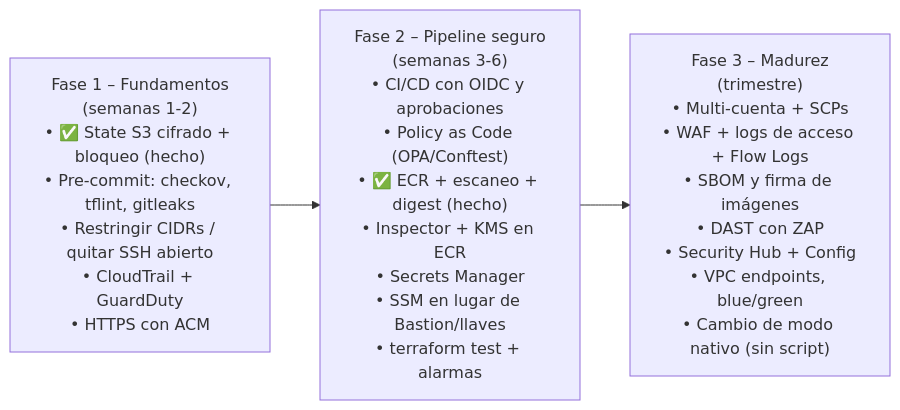
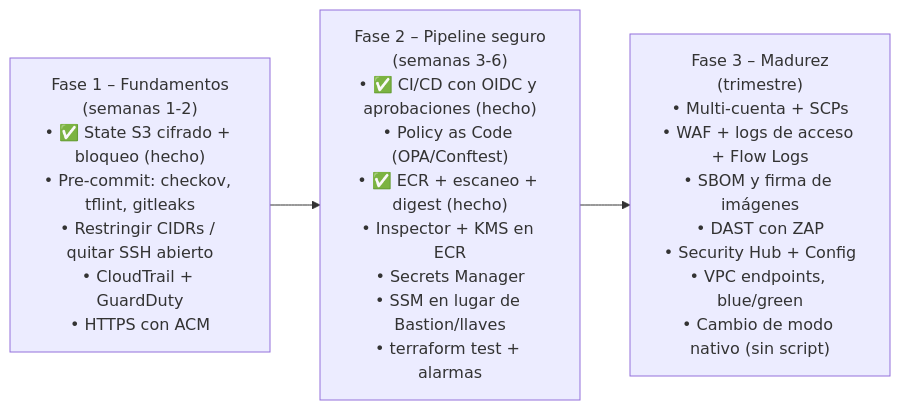
One commit to adrianjsosag/Sr-Labs changed the sixth of 6 diagrams in Serverless/ECS-Fargate/Terraform/README.md. Above: the diagram before and after it, drawn with Mermaid. The commit also changed other lines of this file and 8 other files, not shown here.

````diff
--- a/Serverless/ECS-Fargate/Terraform/README.md
+++ b/Serverless/ECS-Fargate/Terraform/README.md
@@ -933,7 +1034,7 @@
 ```mermaid
 flowchart LR
     F1["Fase 1 – Fundamentos<br/>(semanas 1-2)<br/>• ✅ State S3 cifrado + bloqueo (hecho)<br/>• Pre-commit: checkov, tflint, gitleaks<br/>• Restringir CIDRs / quitar SSH abierto<br/>• CloudTrail + GuardDuty<br/>• HTTPS con ACM"]
-    F2["Fase 2 – Pipeline seguro<br/>(semanas 3-6)<br/>• CI/CD con OIDC y aprobaciones<br/>• Policy as Code (OPA/Conftest)<br/>• ✅ ECR + escaneo + digest (hecho)<br/>• Inspector + KMS en ECR<br/>• Secrets Manager<br/>• SSM en lugar de Bastion/llaves<br/>• terraform test + alarmas"]
+    F2["Fase 2 – Pipeline seguro<br/>(semanas 3-6)<br/>• ✅ CI/CD con OIDC y aprobaciones (hecho)<br/>• Policy as Code (OPA/Conftest)<br/>• ✅ ECR + escaneo + digest (hecho)<br/>• Inspector + KMS en ECR<br/>• Secrets Manager<br/>• SSM en lugar de Bastion/llaves<br/>• terraform test + alarmas"]
     F3["Fase 3 – Madurez<br/>(trimestre)<br/>• Multi-cuenta + SCPs<br/>• WAF + logs de acceso + Flow Logs<br/>• SBOM y firma de imágenes<br/>• DAST con ZAP<br/>• Security Hub + Config<br/>• VPC endpoints, blue/green<br/>• Cambio de modo nativo (sin script)"]
     F1 --> F2 --> F3
 ```
````
